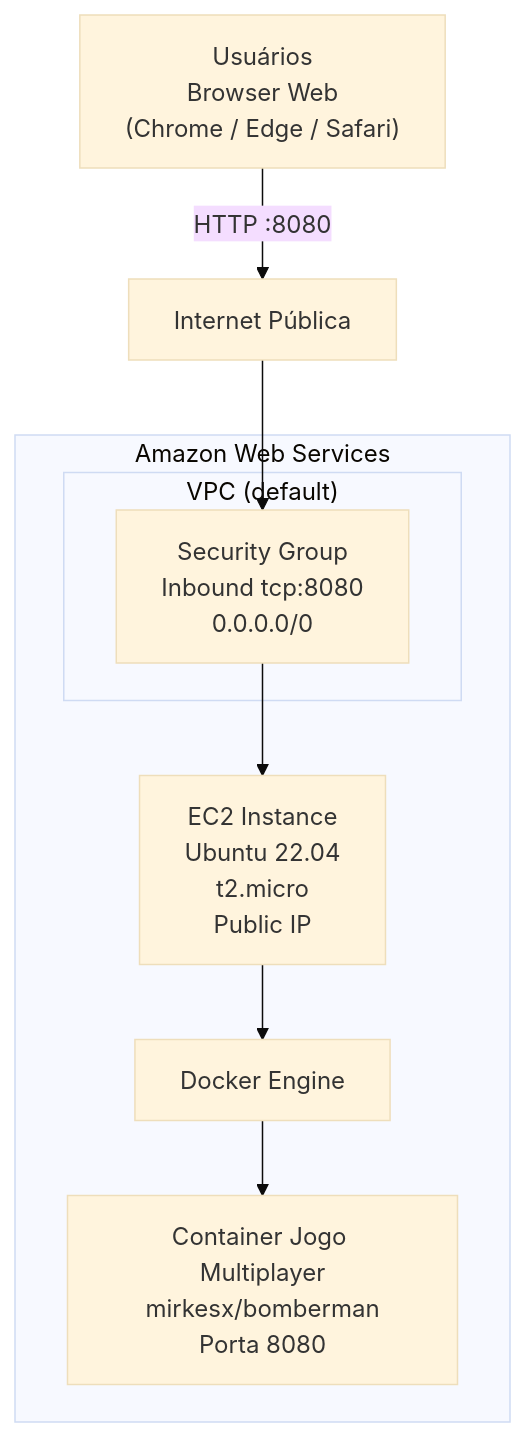
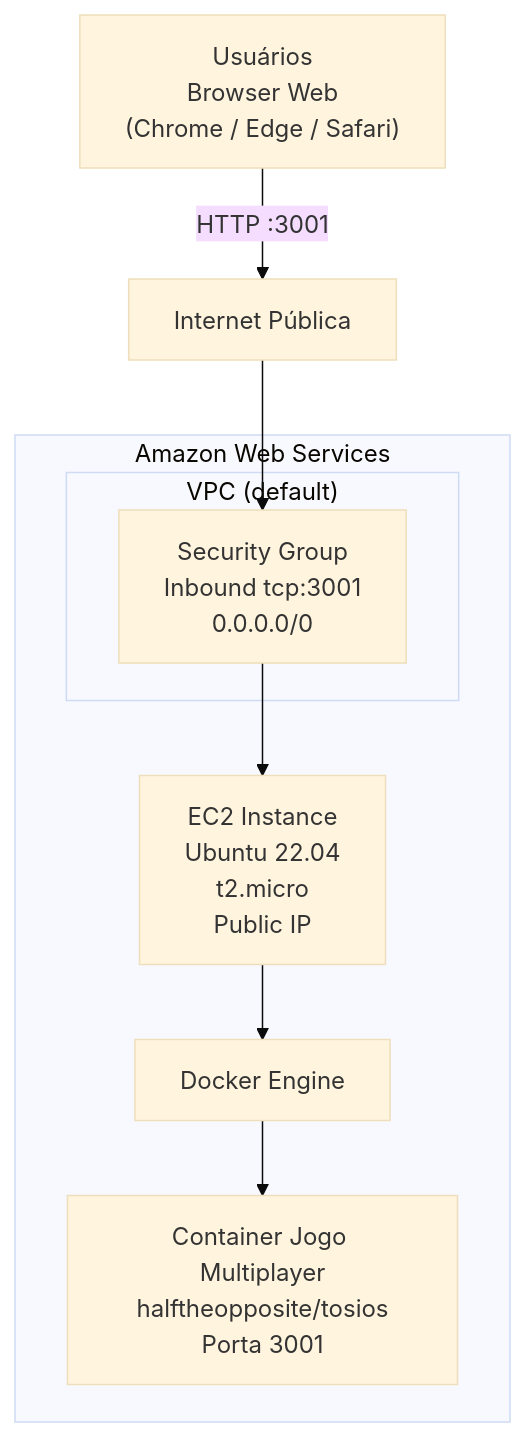
One commit to toolbox-playground/aulas-cloud-devops-exercicios-labs changed the diagram in cloud-computing-labs/aws/labs/lab-001-jogo-web-multiplayer-ec2/README.md. Above: the diagram before and after it, drawn with Mermaid (base theme). The commit also changed other lines of this file and 1 other file, not shown here.

Commit message:
feat(aws): atualiza lab-001 com TOSIOS e opções EC2/ECS

````diff
--- a/cloud-computing-labs/aws/labs/lab-001-jogo-web-multiplayer-ec2/README.md
+++ b/cloud-computing-labs/aws/labs/lab-001-jogo-web-multiplayer-ec2/README.md
@@ -36,24 +47,24 @@
 ```mermaid
 flowchart TB
    U["Usuários<br/>Browser Web<br/>(Chrome / Edge / Safari)"]
 
    I["Internet Pública"]
 
    subgraph AWS["Amazon Web Services"]
       subgraph VPC["VPC (default)"]
-         SG["Security Group<br/>Inbound tcp:8080<br/>0.0.0.0/0"]
+         SG["Security Group<br/>Inbound tcp:3001<br/>0.0.0.0/0"]
       end
 
       EC2["EC2 Instance<br/>Ubuntu 22.04<br/>t2.micro<br/>Public IP"]
 
       DOCKER["Docker Engine"]
 
-      APP["Container Jogo Multiplayer<br/>mirkesx/bomberman<br/>Porta 8080"]
+      APP["Container Jogo Multiplayer<br/>halftheopposite/tosios<br/>Porta 3001"]
    end
 
-   U -->|HTTP :8080| I
+   U -->|HTTP :3001| I
    I --> SG
    SG --> EC2
    EC2 --> DOCKER
    DOCKER --> APP
 ```
````
